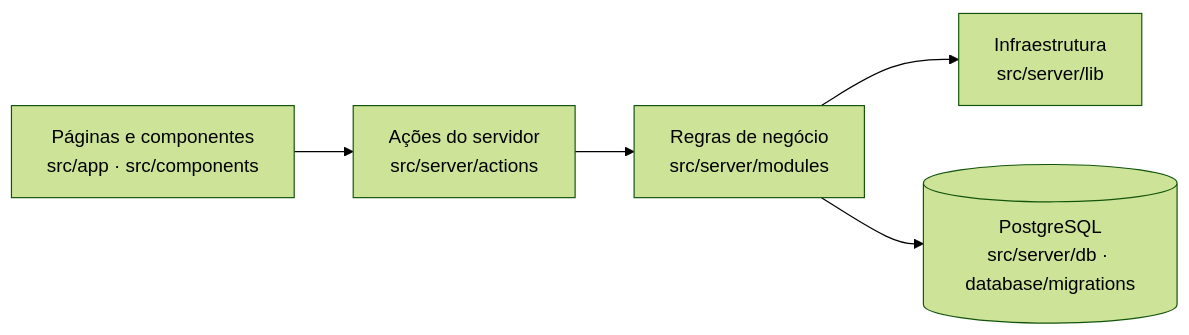
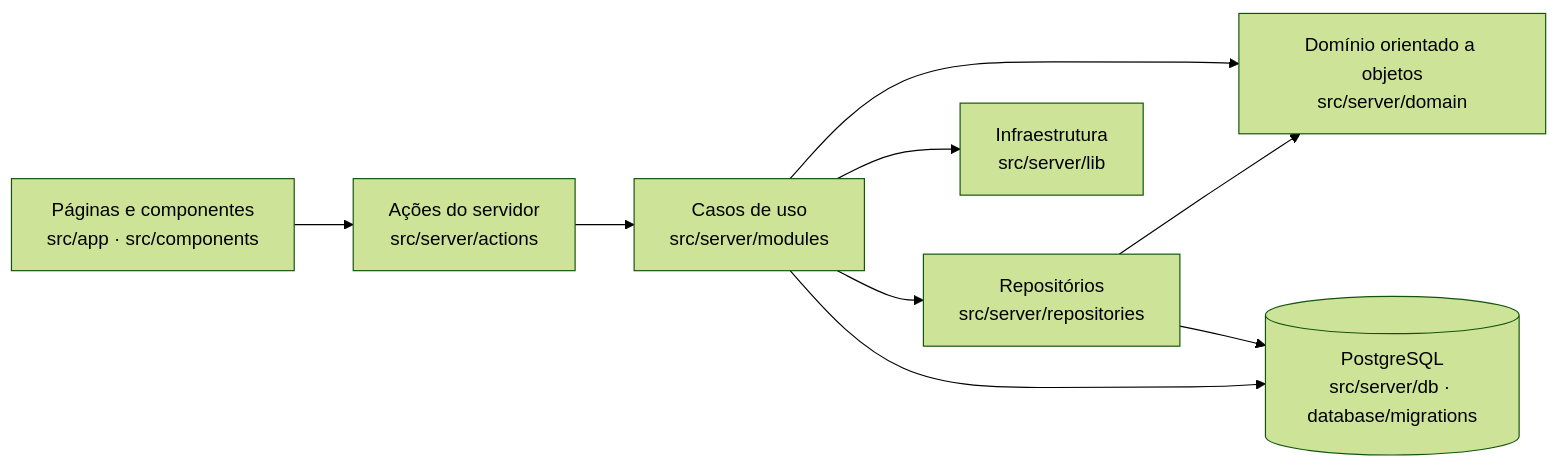
One commit to Pedro-prog777/plataforma-participacao-cidada-municipal changed the diagram in README.md. Above: the diagram before and after it, drawn with Mermaid (forest theme). The commit also changed other lines of this file and 25 other files, not shown here.

First line of the commit message:
docs(av03): PRD, especificações, arquitetura com diagramas de classes e DT-35

````diff
--- a/README.md
+++ b/README.md
@@ -61,7 +61,11 @@
 ```mermaid
 flowchart LR
   A[Páginas e componentes<br/>src/app · src/components] --> B[Ações do servidor<br/>src/server/actions]
-  B --> C[Regras de negócio<br/>src/server/modules]
+  B --> C[Casos de uso<br/>src/server/modules]
+  C --> F[Domínio orientado a objetos<br/>src/server/domain]
+  C --> G[Repositórios<br/>src/server/repositories]
+  G --> F
+  G --> E[(PostgreSQL<br/>src/server/db · database/migrations)]
   C --> D[Infraestrutura<br/>src/server/lib]
-  C --> E[(PostgreSQL<br/>src/server/db · database/migrations)]
+  C --> E
 ```
````
